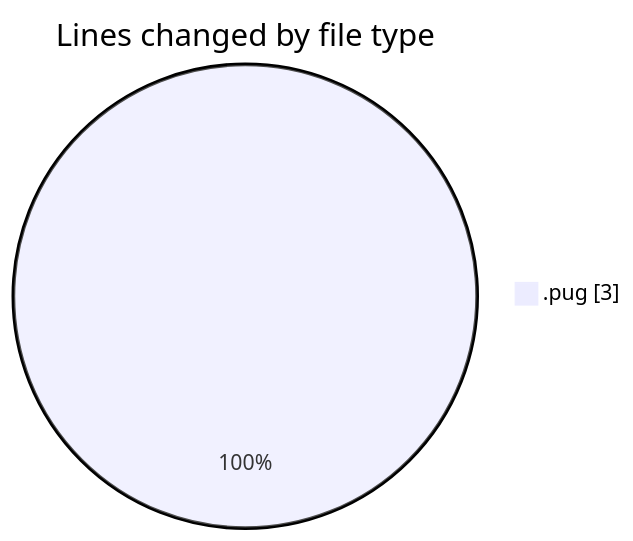
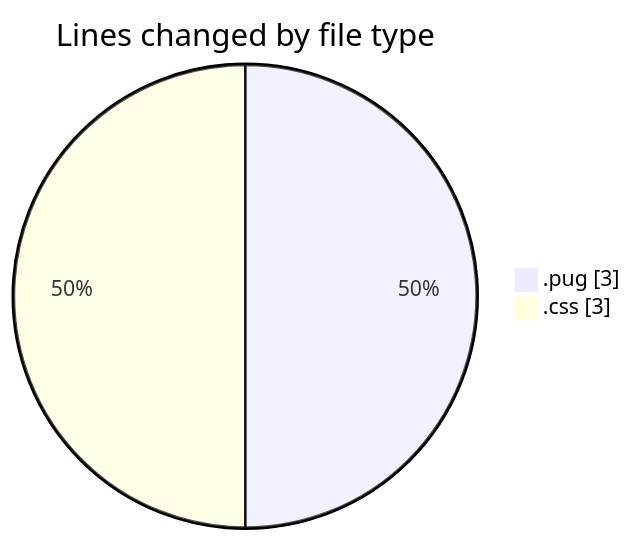
Before and after one commit to momahboobian/code-tracking: the first of 2 diagrams in 2025-11-06/cda/README.md, drawn with Mermaid. The commit also changed other lines of this file and 1 other file, not shown here.

````diff
--- a/2025-11-06/cda/README.md
+++ b/2025-11-06/cda/README.md
@@ -20,5 +21,6 @@
 ```mermaid
 pie showData
 title Lines changed by file type
 ".pug" : 3
+".css" : 3
 ```
````
